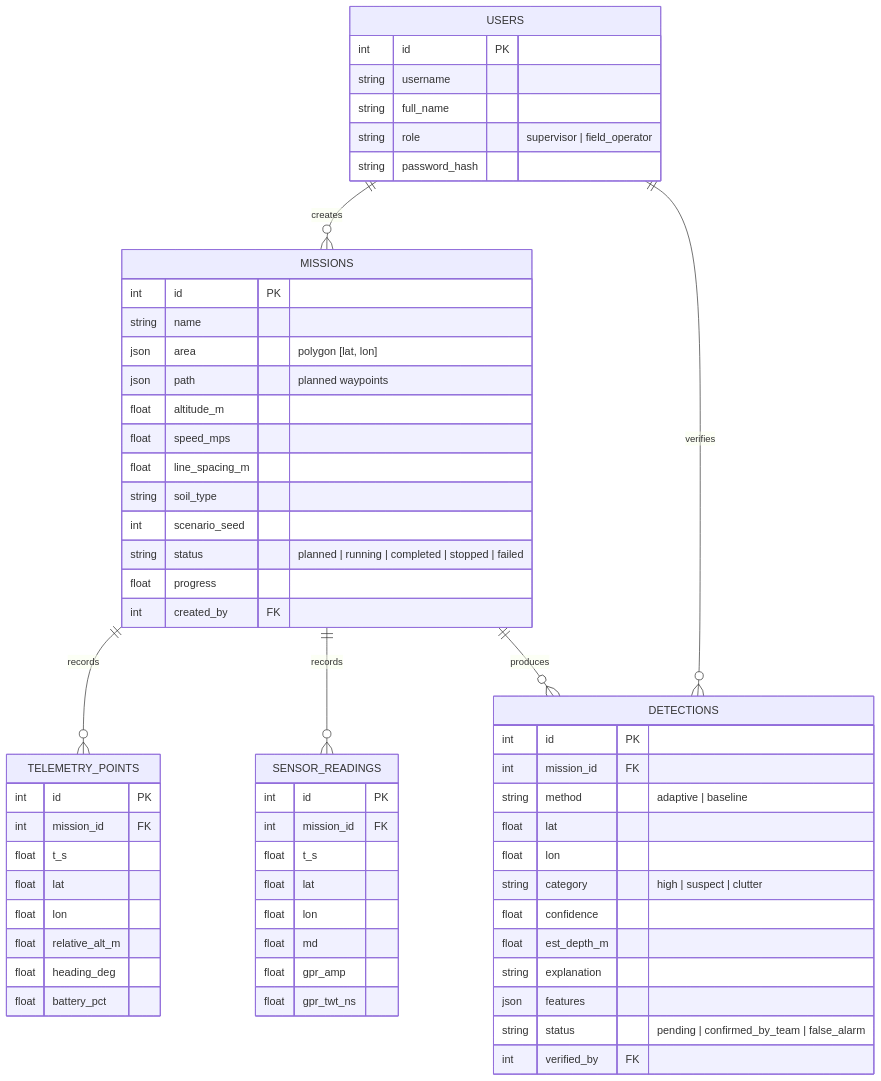
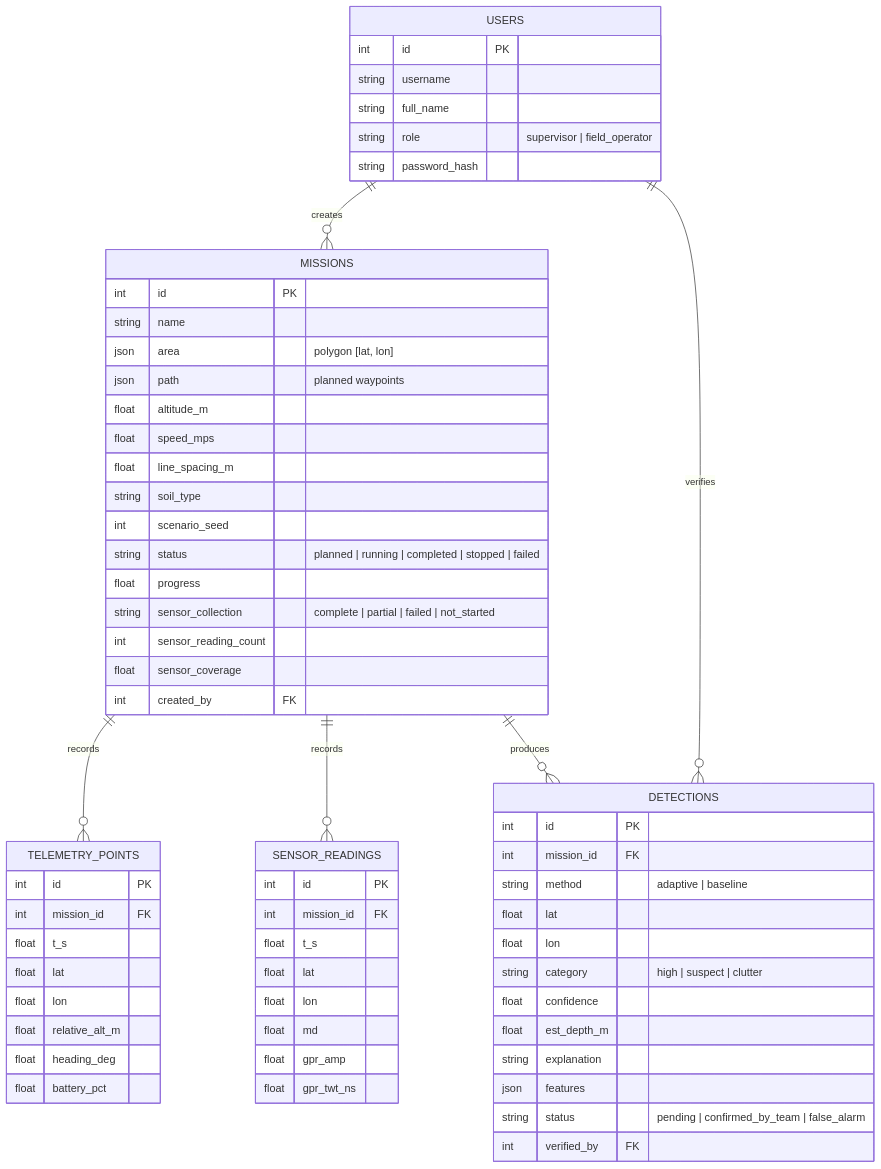
One commit to Mnsour-Aldossari/gradProjectPrototype changed the third of 4 diagrams in docs/ARCHITECTURE.md. Above: the diagram before and after it, drawn with Mermaid. The commit also changed other lines of this file and 16 other files, not shown here.

First line of the commit message:
Landing confirmation and sensor collection, apart from the flight

````diff
--- a/docs/ARCHITECTURE.md
+++ b/docs/ARCHITECTURE.md
@@ -135,64 +135,67 @@
 ```mermaid
 erDiagram
     USERS ||--o{ MISSIONS : creates
     MISSIONS ||--o{ TELEMETRY_POINTS : records
     MISSIONS ||--o{ SENSOR_READINGS : records
     MISSIONS ||--o{ DETECTIONS : produces
     USERS ||--o{ DETECTIONS : verifies
 
     USERS {
         int id PK
         string username
         string full_name
         string role "supervisor | field_operator"
         string password_hash
     }
     MISSIONS {
         int id PK
         string name
         json area "polygon [lat, lon]"
         json path "planned waypoints"
         float altitude_m
         float speed_mps
         float line_spacing_m
         string soil_type
         int scenario_seed
         string status "planned | running | completed | stopped | failed"
         float progress
+        string sensor_collection "complete | partial | failed | not_started"
+        int sensor_reading_count
+        float sensor_coverage
         int created_by FK
     }
     TELEMETRY_POINTS {
         int id PK
         int mission_id FK
         float t_s
         float lat
         float lon
         float relative_alt_m
         float heading_deg
         float battery_pct
     }
     SENSOR_READINGS {
         int id PK
         int mission_id FK
         float t_s
         float lat
         float lon
         float md
         float gpr_amp
         float gpr_twt_ns
     }
     DETECTIONS {
         int id PK
         int mission_id FK
         string method "adaptive | baseline"
         float lat
         float lon
         string category "high | suspect | clutter"
         float confidence
         float est_depth_m
         string explanation
         json features
         string status "pending | confirmed_by_team | false_alarm"
         int verified_by FK
     }
 ```
````
